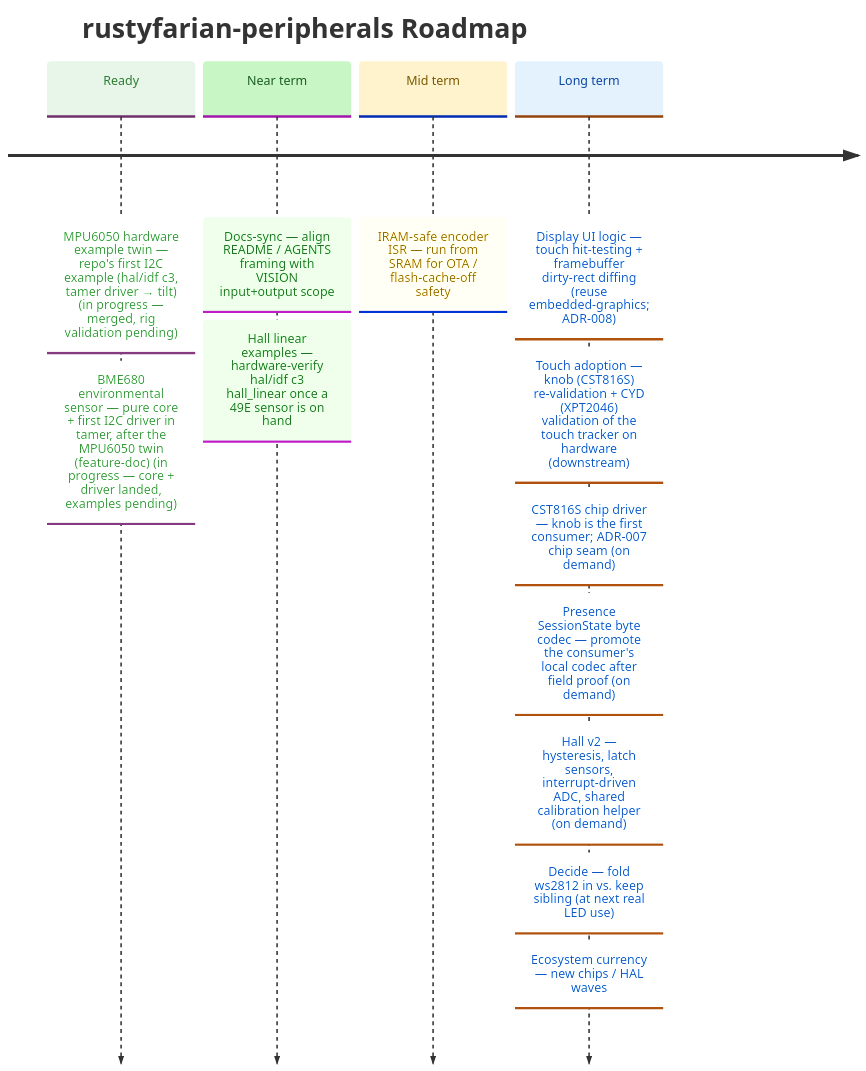
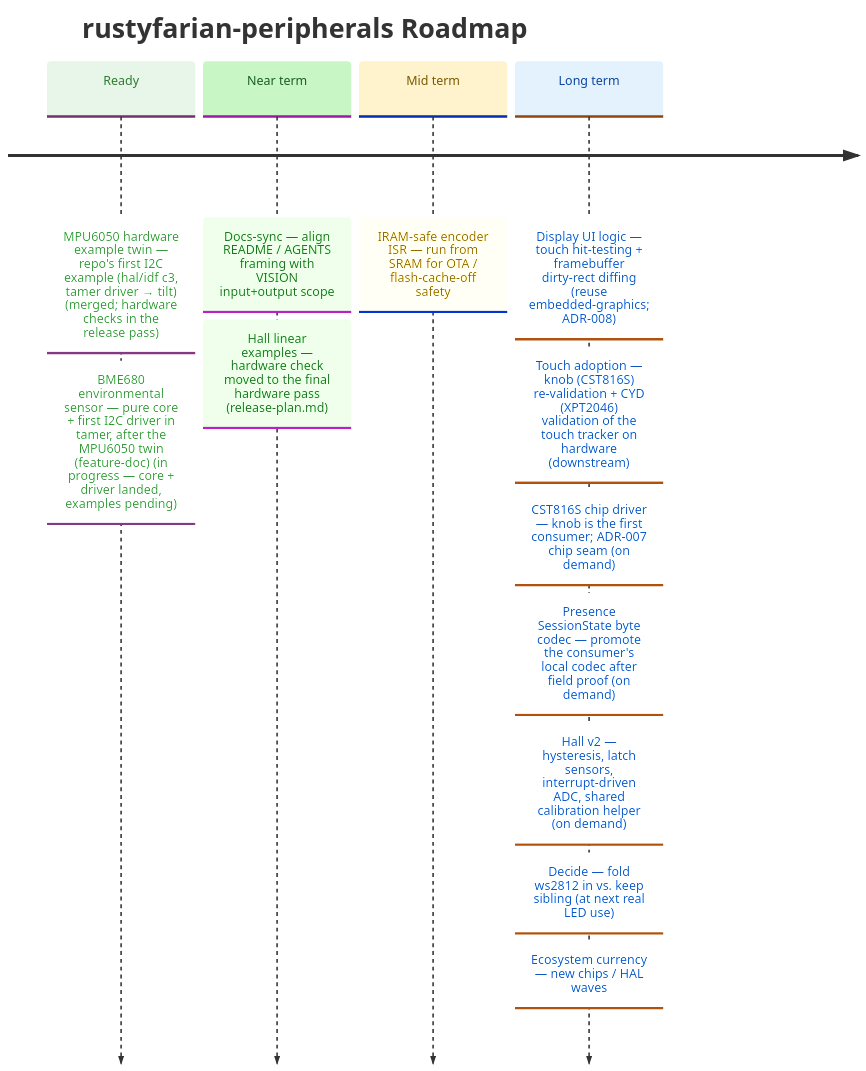
The diagram in docs/ROADMAP.md (datenkollektiv/rustyfarian-peripherals), drawn with Mermaid before and after one commit. The commit also changed other lines of this file and 63 other files, not shown here.

````diff
--- a/docs/ROADMAP.md
+++ b/docs/ROADMAP.md
@@ -10,34 +10,34 @@
 ```mermaid
 %%{init: {
   "theme": "base",
   "themeVariables": {
     "cScale0": "#e8f5e9",
     "cScaleLabel0": "#2e7d32",
     "cScale1": "#c8f7c5",
     "cScaleLabel1": "#1b5e20",
     "cScale2": "#fff3cd",
     "cScaleLabel2": "#7a5a00",
     "cScale3": "#e3f2fd",
     "cScaleLabel3": "#0d47a1"
   }
 }}%%
 
 timeline
     title rustyfarian-peripherals Roadmap
 
-    Ready     : MPU6050 hardware example twin — repo's first I2C example (hal/idf c3, tamer driver → tilt) (in progress — merged, rig validation pending)
+    Ready     : MPU6050 hardware example twin — repo's first I2C example (hal/idf c3, tamer driver → tilt) (merged; hardware checks in the release pass)
               : BME680 environmental sensor — pure core + first I2C driver in tamer, after the MPU6050 twin (feature-doc) (in progress — core + driver landed, examples pending)
 
     Near term : Docs-sync — align README / AGENTS framing with VISION input+output scope
-              : Hall linear examples — hardware-verify hal/idf c3 hall_linear once a 49E sensor is on hand
+              : Hall linear examples — hardware check moved to the final hardware pass (release-plan.md)
 
     Mid term  : IRAM-safe encoder ISR — run from SRAM for OTA / flash-cache-off safety
 
     Long term : Display UI logic — touch hit-testing + framebuffer dirty-rect diffing (reuse embedded-graphics; ADR-008)
               : Touch adoption — knob (CST816S) re-validation + CYD (XPT2046) validation of the touch tracker on hardware (downstream)
               : CST816S chip driver — knob is the first consumer; ADR-007 chip seam (on demand)
               : Presence SessionState byte codec — promote the consumer's local codec after field proof (on demand)
               : Hall v2 — hysteresis, latch sensors, interrupt-driven ADC, shared calibration helper (on demand)
               : Decide — fold ws2812 in vs. keep sibling (at next real LED use)
               : Ecosystem currency — new chips / HAL waves
 ```
````
